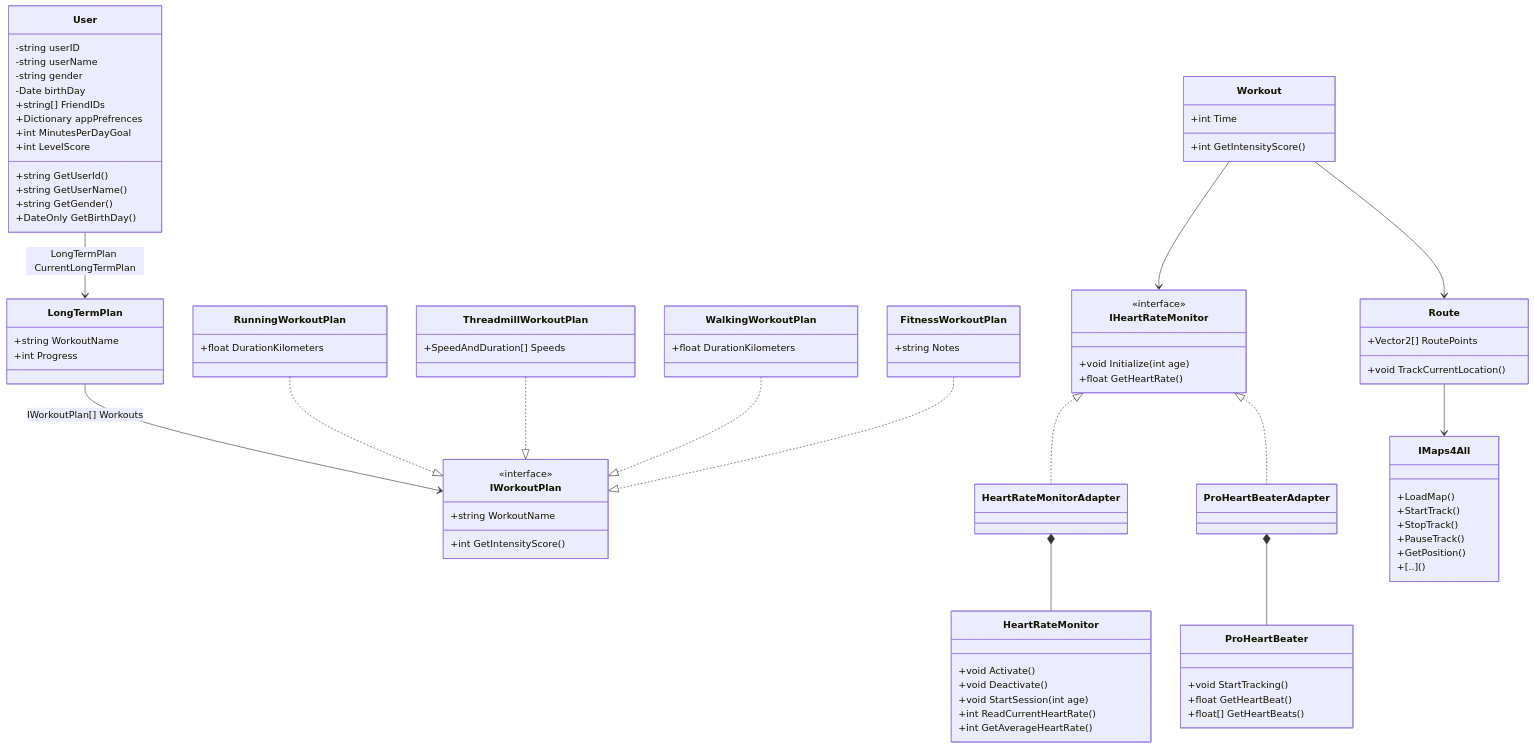
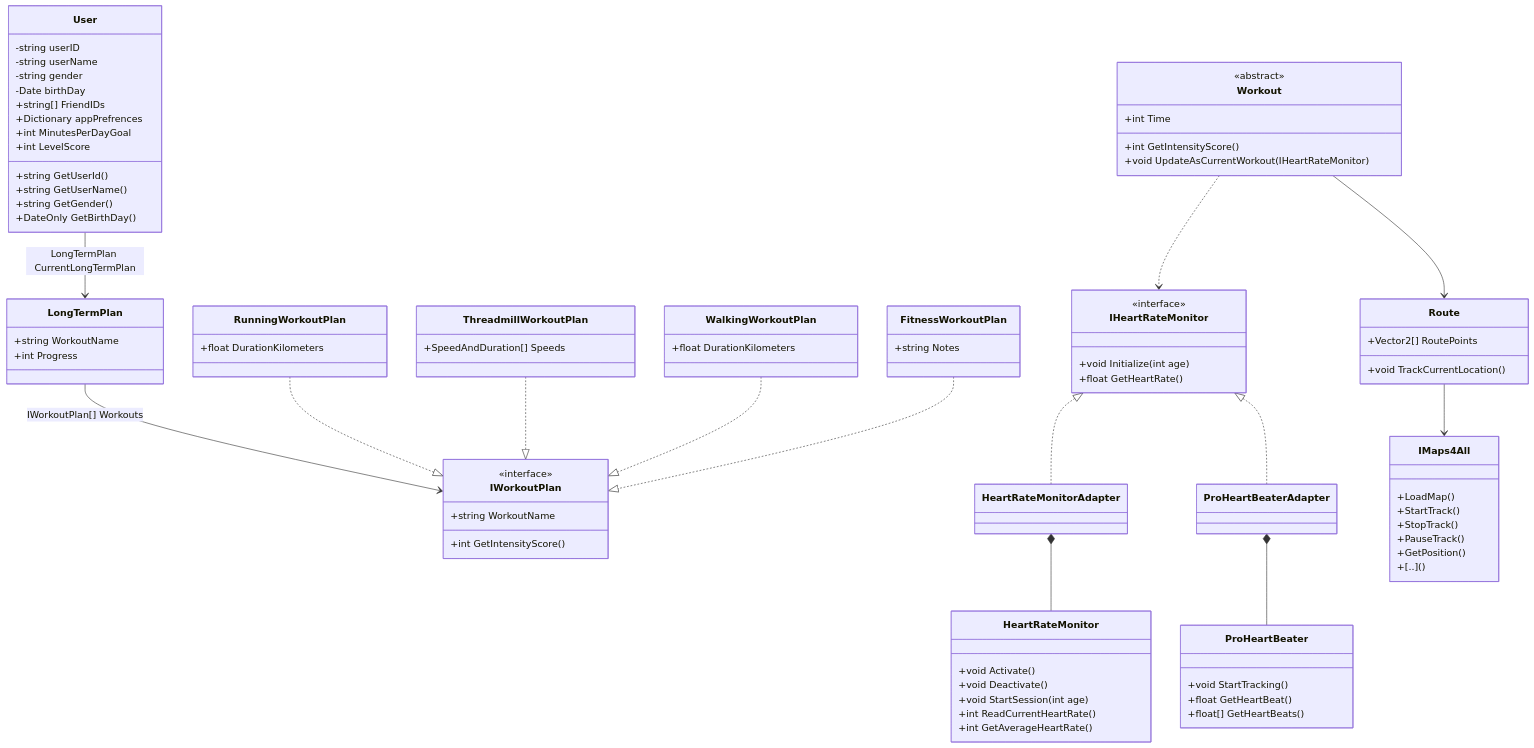
One commit to SteHun/WorkoutappAssignment changed the diagram in classDiagram.md. Above: the diagram before and after it, drawn with Mermaid. The commit also changed 1 other file, not shown here.

Commit message:
Small update

```diff
--- a/classDiagram.md
+++ b/classDiagram.md
@@ -55,7 +55,9 @@
 class Workout{
     +int Time
     +int GetIntensityScore()
+    +void UpdateAsCurrentWorkout(IHeartRateMonitor)
 }
+<<abstract>> Workout
 
 class HeartRateMonitor{
     +void Activate()
@@ -98,7 +100,7 @@
     +[..]()
 }
 
-Workout --> IHeartRateMonitor
+Workout ..> IHeartRateMonitor
 Workout --> Route
 
 class Route{
```
